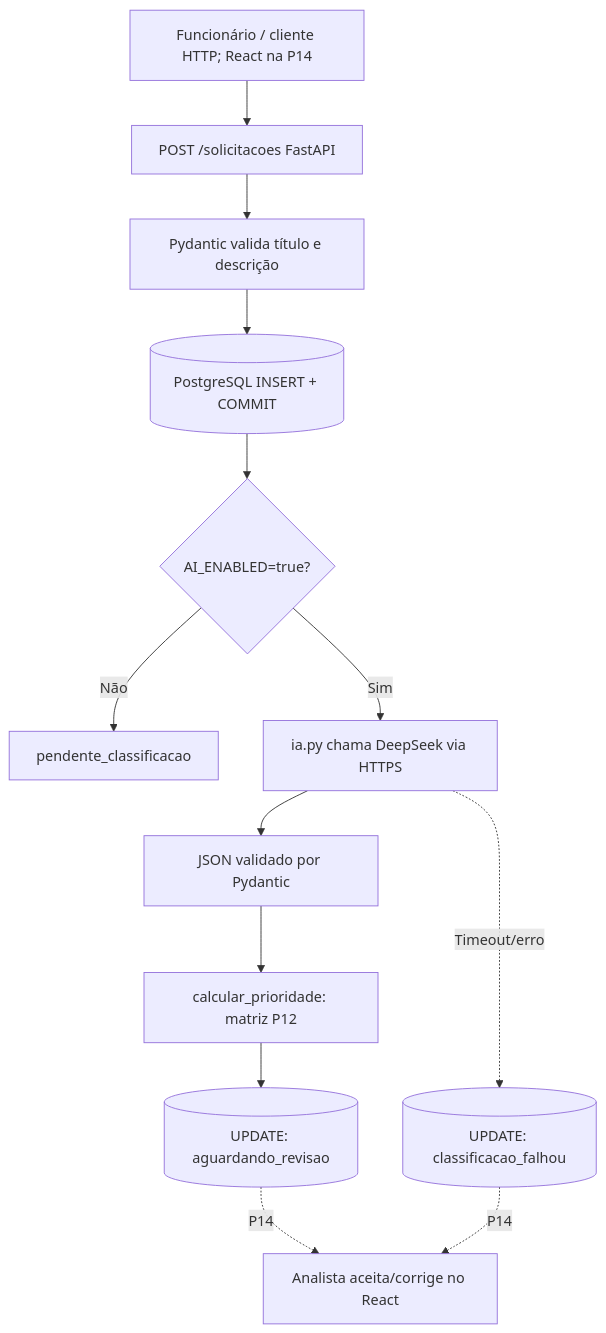
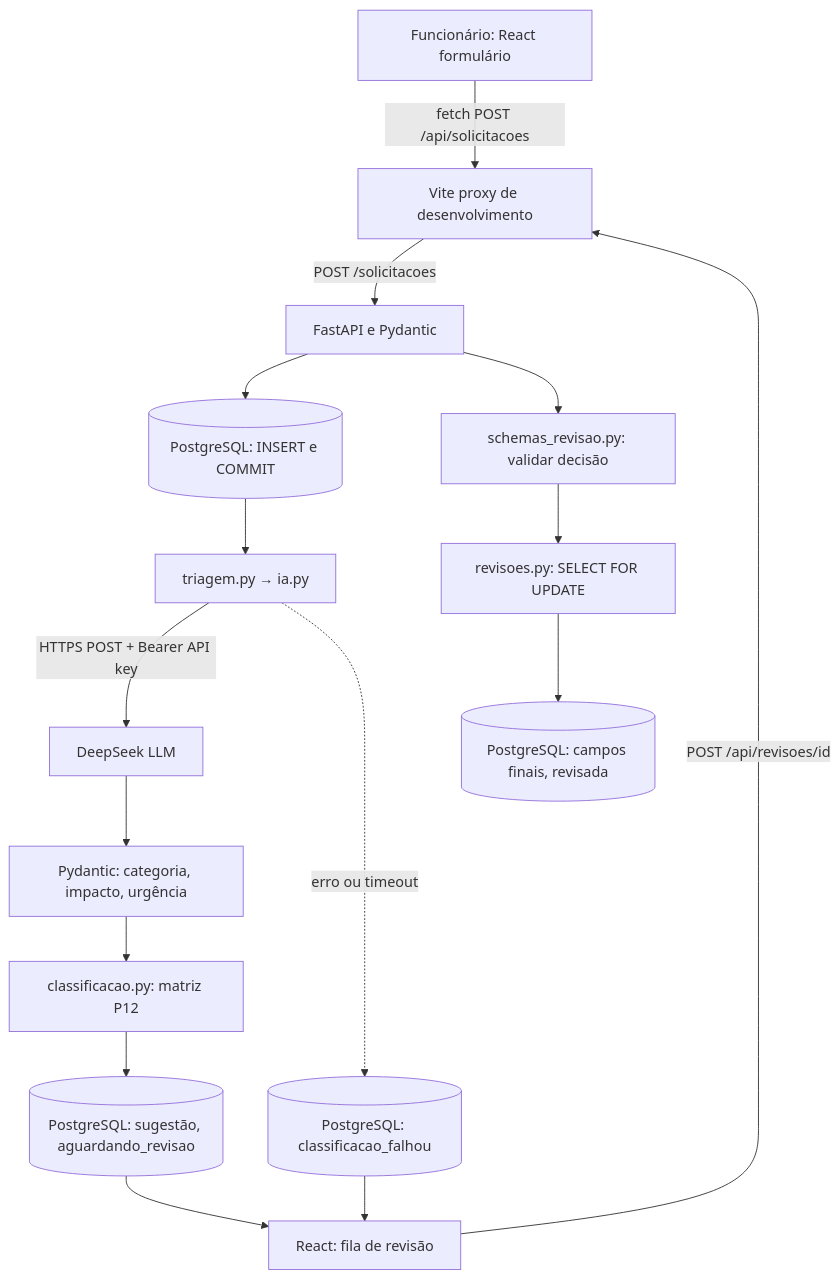
One commit to waldirevora/ai-request-classifier changed the diagram in docs/ARQUITETURA.md. Above: the diagram before and after it, drawn with Mermaid. The commit also changed other lines of this file and 18 other files, not shown here.

Commit message:
feat(wweb): implementa interface React e revisao humana

````diff
--- a/docs/ARQUITETURA.md
+++ b/docs/ARQUITETURA.md
@@ -11,15 +11,18 @@
 ```mermaid
 flowchart TD
-    A[Funcionário / cliente HTTP; React na P14] --> B[POST /solicitacoes FastAPI]
-    B --> C[Pydantic valida título e descrição]
-    C --> D[(PostgreSQL INSERT + COMMIT)]
-    D --> E{AI_ENABLED=true?}
-    E -- Não --> F[pendente_classificacao]
-    E -- Sim --> G[ia.py chama DeepSeek via HTTPS]
-    G --> H[JSON validado por Pydantic]
-    H --> I[calcular_prioridade: matriz P12]
-    I --> J[(UPDATE: aguardando_revisao)]
-    G -. Timeout/erro .-> K[(UPDATE: classificacao_falhou)]
-    J -. P14 .-> L[Analista aceita/corrige no React]
-    K -. P14 .-> L
+  A[Funcionário: React formulário] -->|fetch POST /api/solicitacoes| B[Vite proxy de desenvolvimento]
+  B -->|POST /solicitacoes| C[FastAPI e Pydantic]
+  C --> D[(PostgreSQL: INSERT e COMMIT)]
+  D --> E[triagem.py → ia.py]
+  E -->|HTTPS POST + Bearer API key| F[DeepSeek LLM]
+  F --> G[Pydantic: categoria, impacto, urgência]
+  G --> H[classificacao.py: matriz P12]
+  H --> I[(PostgreSQL: sugestão, aguardando_revisao)]
+  E -. erro ou timeout .-> J[(PostgreSQL: classificacao_falhou)]
+  I --> K[React: fila de revisão]
+  J --> K
+  K -->|POST /api/revisoes/id| B
+  C --> L[schemas_revisao.py: validar decisão]
+  L --> M[revisoes.py: SELECT FOR UPDATE]
+  M --> N[(PostgreSQL: campos finais, revisada)]
 ```
````
